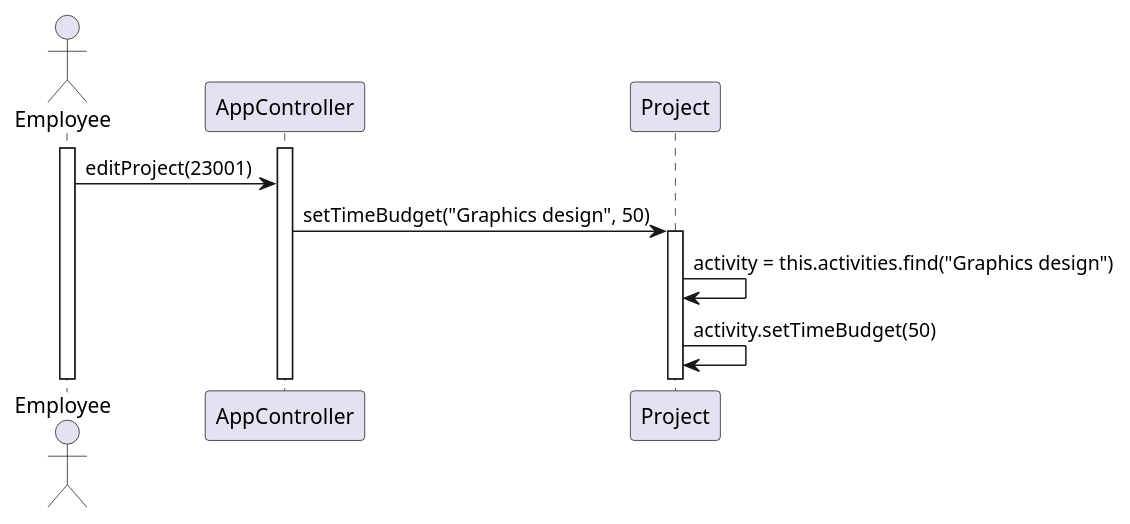
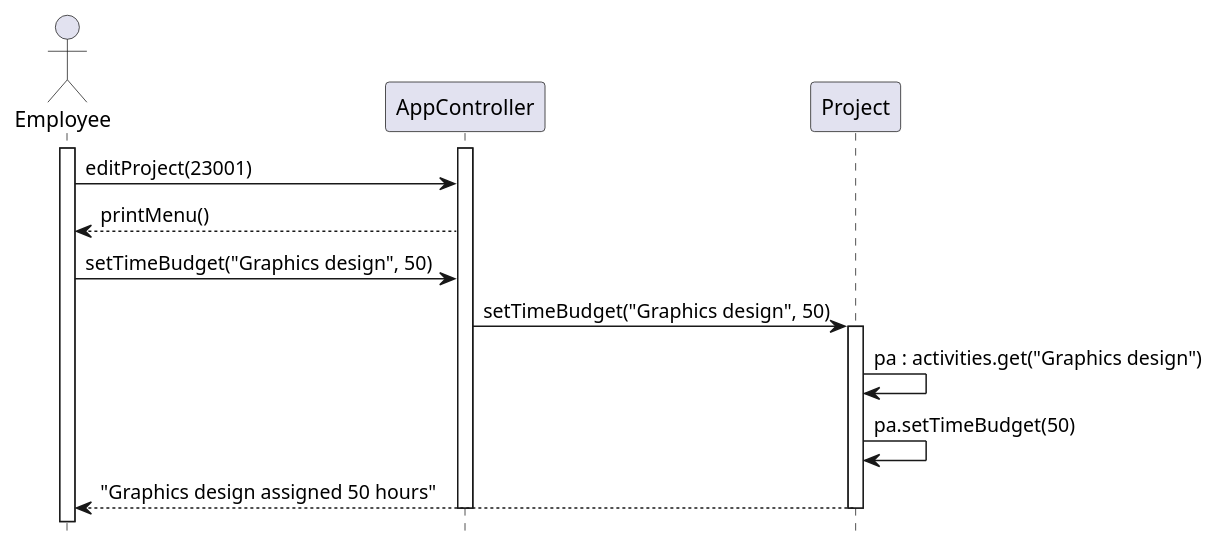
Before and after one commit to rwiuff/02161ExamProject: the diagram in RequirementsAndDesign/SequenceDiagrams/Deprecated/seq_create_activity_no_PL_case2.puml, drawn with PlantUML. The commit also changed 26 other files, not shown here.

Commit message:
wip: Sequence diagrams

```diff
--- a/RequirementsAndDesign/SequenceDiagrams/Deprecated/seq_create_activity_no_PL_case2.puml
+++ b/RequirementsAndDesign/SequenceDiagrams/Deprecated/seq_create_activity_no_PL_case2.puml
@@ -1,13 +1,19 @@
 @startuml createActivityNoPLCase2
+hide footbox
 actor "Employee" as emp
 participant AppController as app
 participant Project as p
 
 activate app
 activate emp
 emp -> app : editProject(23001)
+app --> emp : printMenu()
+emp -> app : setTimeBudget("Graphics design", 50)
 app -> p : setTimeBudget("Graphics design", 50)
 activate p
-p -> p : activity = this.activities.find("Graphics design")
-p -> p : activity.setTimeBudget(50)
+p -> p : pa : activities.get("Graphics design")
+p -> p : pa.setTimeBudget(50)
+p --> emp : "Graphics design assigned 50 hours"
+deactivate p
+deactivate app
 @enduml
```
